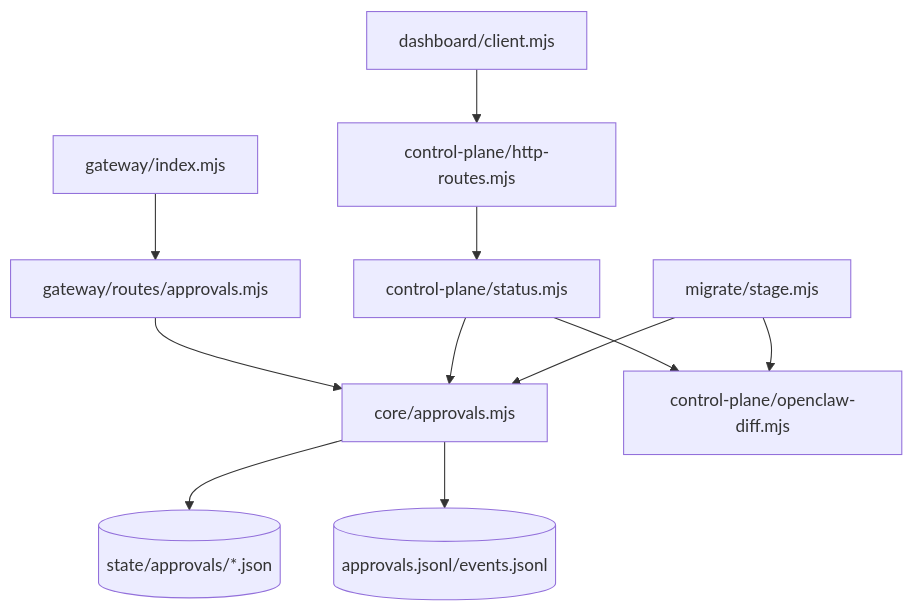
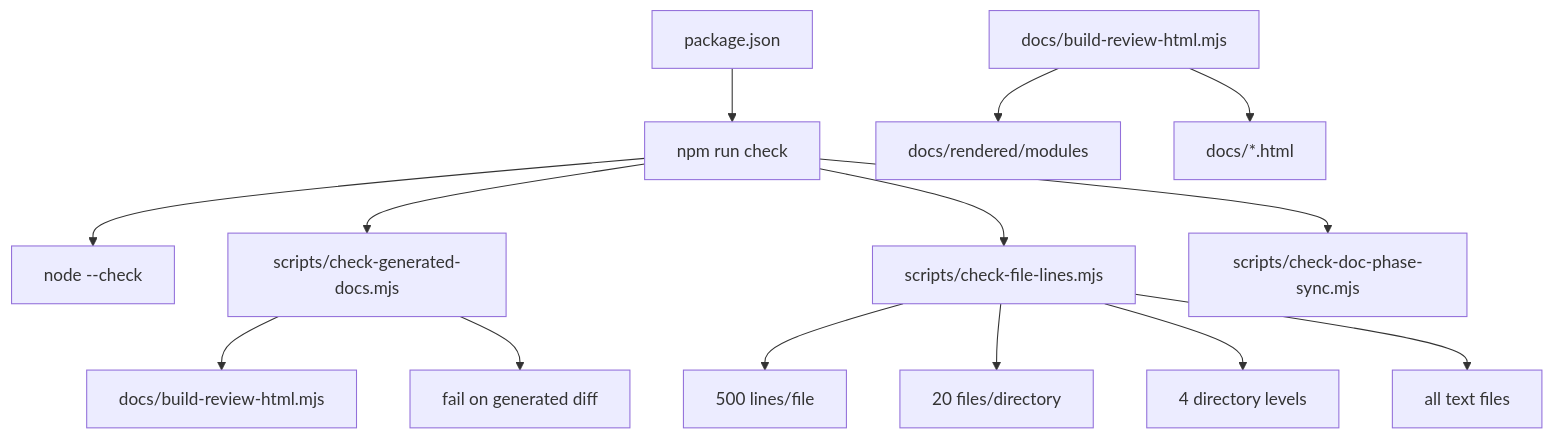
The third of 9 diagrams in docs/implementation-architecture.md (mayf3/myclaw), drawn with Mermaid before and after one commit. The commit also changed other lines of this file and 37 other files, not shown here.

````diff
--- a/docs/implementation-architecture.md
+++ b/docs/implementation-architecture.md
@@ -95,13 +72,16 @@
 ```mermaid
 flowchart TB
-  Stage[migrate/stage.mjs] --> ApprovalCore[core/approvals.mjs]
-  Stage --> ReviewBuilder[control-plane/openclaw-diff.mjs]
-  ApprovalCore --> ApprovalFiles[(state/approvals/*.json)]
-  ApprovalCore --> Audit[(approvals.jsonl/events.jsonl)]
-  Status[control-plane/status.mjs] --> ApprovalCore
-  Status --> ReviewBuilder
-  HttpRoutes[control-plane/http-routes.mjs] --> Status
-  Gateway[gateway/index.mjs] --> ApprovalRoute[gateway/routes/approvals.mjs]
-  ApprovalRoute --> ApprovalCore
-  Dashboard[dashboard/client.mjs] --> HttpRoutes
+  Package[package.json] --> CheckScript[npm run check]
+  CheckScript --> Syntax[node --check]
+  CheckScript --> Generated[scripts/check-generated-docs.mjs]
+  CheckScript --> Structure[scripts/check-file-lines.mjs]
+  CheckScript --> PhaseSync[scripts/check-doc-phase-sync.mjs]
+  Generated --> Builder[docs/build-review-html.mjs]
+  Generated --> Fresh[fail on generated diff]
+  Structure --> LineLimit[500 lines/file]
+  Structure --> FileLimit[20 files/directory]
+  Structure --> DepthLimit[4 directory levels]
+  Structure --> TextDetect[all text files]
+  BuildDocs[docs/build-review-html.mjs] --> Rendered[docs/rendered/modules]
+  BuildDocs --> DocsRoot[docs/*.html]
 ```
````
